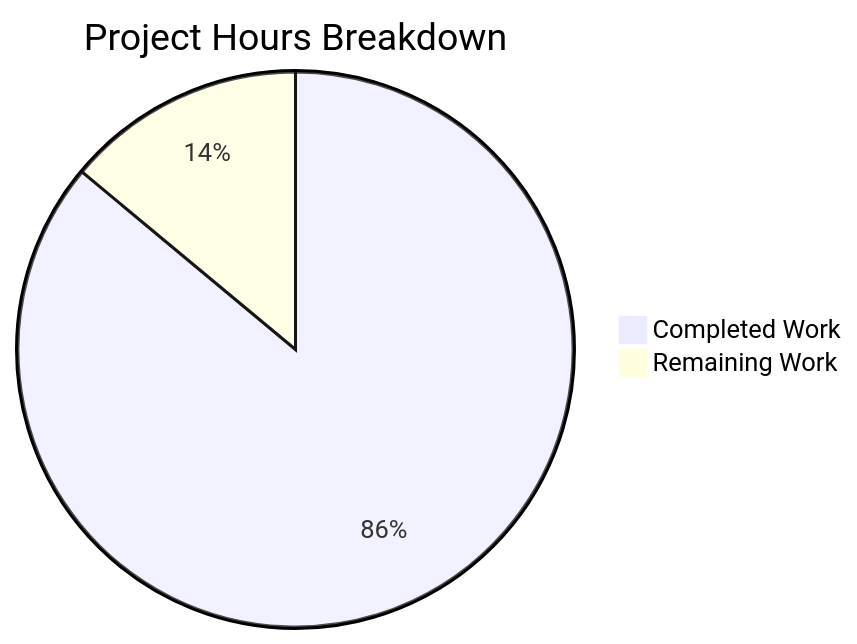
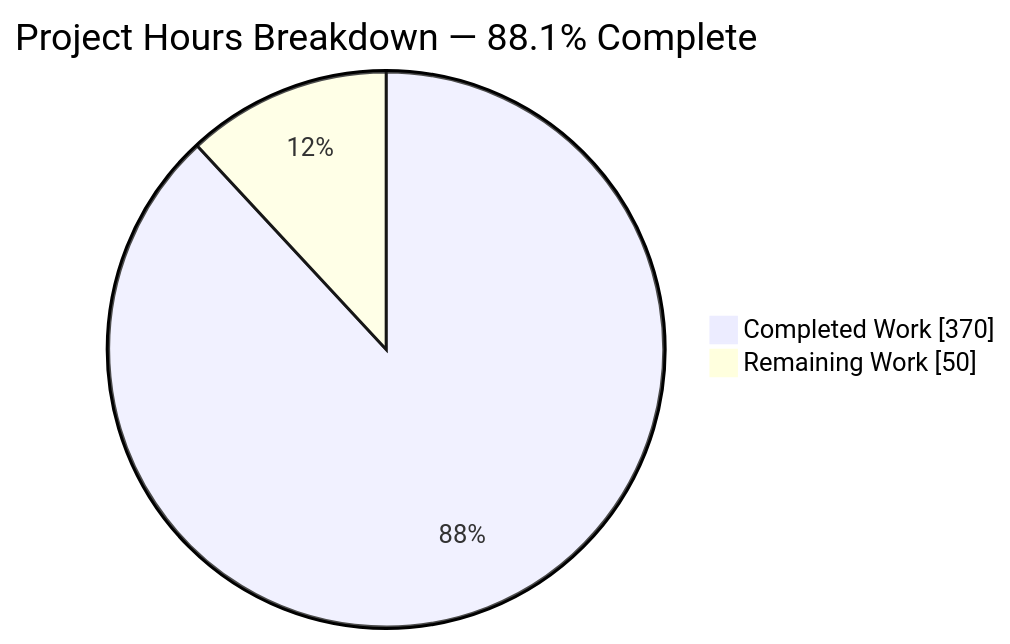
The second of 4 diagrams in blitzy/documentation/Project Guide.md (Blitzy-Sandbox/blitzy-wordpress), drawn with Mermaid before and after one commit. The commit also changed other lines of this file, not shown here.

Commit message:
Adding Blitzy Project Guide: Project Status and Human Tasks Remaining

````diff
--- a/blitzy/documentation/Project Guide.md
+++ b/blitzy/documentation/Project Guide.md
@@ -240,5 +274,6 @@
 ```mermaid
-pie title Project Hours Breakdown
+pie showData
+    title Project Hours Breakdown — 88.1% Complete
     "Completed Work" : 370
-    "Remaining Work" : 60
+    "Remaining Work" : 50
 ```
````
